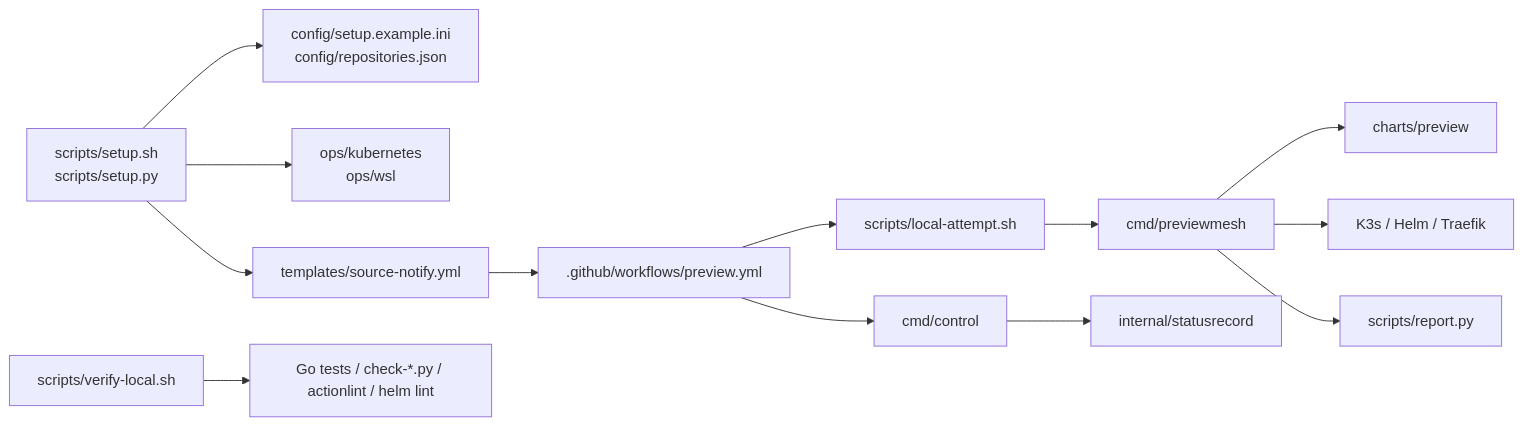
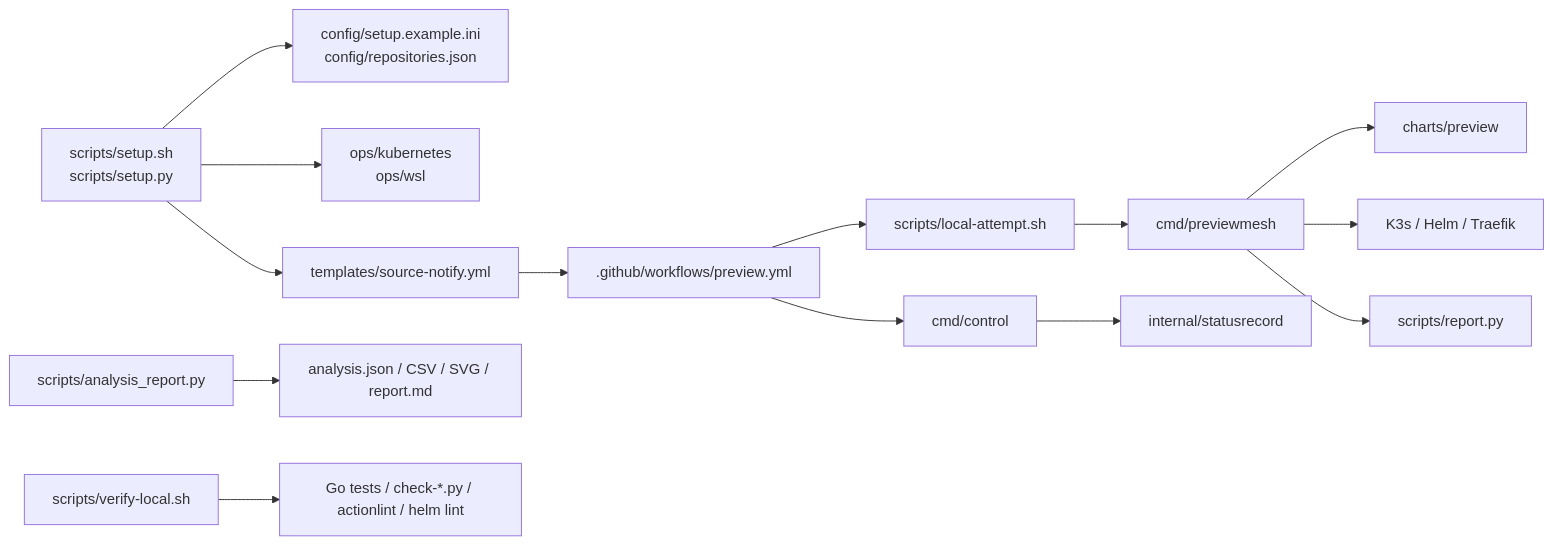
Before and after one commit to flashrick/PreviewMesh: the second of 2 diagrams in README.md, drawn with Mermaid. The commit also changed other lines of this file and 1 other file, not shown here.

````diff
--- a/README.md
+++ b/README.md
@@ -510,15 +549,16 @@
 ```mermaid
 flowchart LR
     setup["scripts/setup.sh<br/>scripts/setup.py"] --> config["config/setup.example.ini<br/>config/repositories.json"]
     setup --> ops["ops/kubernetes<br/>ops/wsl"]
     setup --> notify["templates/source-notify.yml"]
     notify --> workflow[".github/workflows/preview.yml"]
     workflow --> control["cmd/control"]
     workflow --> local["scripts/local-attempt.sh"]
     local --> preview["cmd/previewmesh"]
     preview --> chart["charts/preview"]
     preview --> k8s["K3s / Helm / Traefik"]
     control --> record["internal/statusrecord"]
     preview --> report["scripts/report.py"]
+    analysis["scripts/analysis_report.py"] --> analysis_outputs["analysis.json / CSV / SVG / report.md"]
     verify["scripts/verify-local.sh"] --> checks["Go tests / check-*.py / actionlint / helm lint"]
 ```
````
